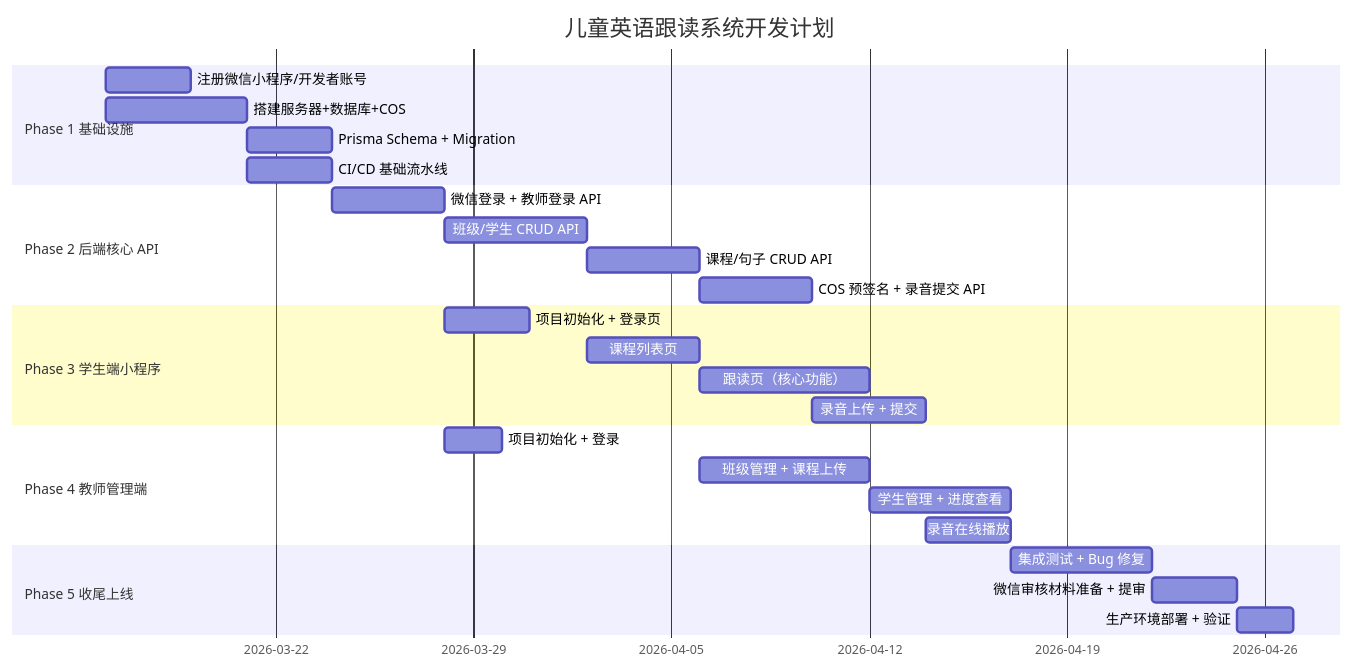
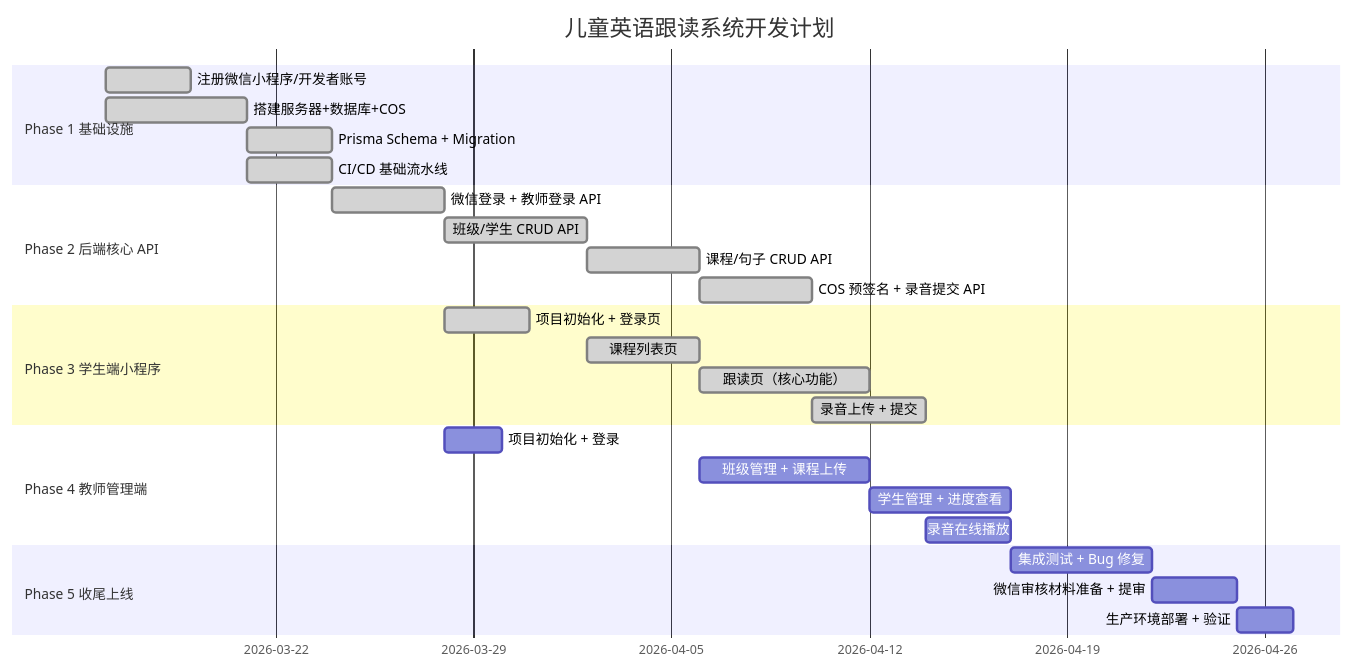
One commit to cibobo/EnglishLearningMiniPrgm changed the diagram in doc/project_roadmap.md. Above: the diagram before and after it, drawn with Mermaid. The commit also changed other lines of this file and 1 other file, not shown here.

Commit message:
Update document

````diff
--- a/doc/project_roadmap.md
+++ b/doc/project_roadmap.md
@@ -19,33 +19,33 @@
 ```mermaid
 gantt
     title 儿童英语跟读系统开发计划
     dateFormat  YYYY-MM-DD
     section Phase 1 基础设施
-    注册微信小程序/开发者账号   :p1a, 2026-03-16, 3d
-    搭建服务器+数据库+COS       :p1b, 2026-03-16, 5d
-    Prisma Schema + Migration   :p1c, after p1b, 3d
-    CI/CD 基础流水线            :p1d, after p1b, 3d
+    注册微信小程序/开发者账号   :done, p1a, 2026-03-16, 3d
+    搭建服务器+数据库+COS       :done, p1b, 2026-03-16, 5d
+    Prisma Schema + Migration   :done, p1c, after p1b, 3d
+    CI/CD 基础流水线            :done, p1d, after p1b, 3d
 
     section Phase 2 后端核心 API
-    微信登录 + 教师登录 API     :p2a, after p1c, 4d
-    班级/学生 CRUD API          :p2b, after p2a, 5d
-    课程/句子 CRUD API          :p2c, after p2b, 4d
-    COS 预签名 + 录音提交 API   :p2d, after p2c, 4d
+    微信登录 + 教师登录 API     :done, p2a, after p1c, 4d
+    班级/学生 CRUD API          :done, p2b, after p2a, 5d
+    课程/句子 CRUD API          :done, p2c, after p2b, 4d
+    COS 预签名 + 录音提交 API   :done, p2d, after p2c, 4d
 
     section Phase 3 学生端小程序
-    项目初始化 + 登录页         :p3a, after p2a, 3d
-    课程列表页                  :p3b, after p2b, 4d
-    跟读页（核心功能）          :p3c, after p2c, 6d
-    录音上传 + 提交             :p3d, after p2d, 4d
+    项目初始化 + 登录页         :done, p3a, after p2a, 3d
+    课程列表页                  :done, p3b, after p2b, 4d
+    跟读页（核心功能）          :done, p3c, after p2c, 6d
+    录音上传 + 提交             :done, p3d, after p2d, 4d
 
     section Phase 4 教师管理端
     项目初始化 + 登录           :p4a, after p2a, 2d
     班级管理 + 课程上传         :p4b, after p3b, 6d
     学生管理 + 进度查看         :p4c, after p4b, 5d
     录音在线播放                :p4d, after p3d, 3d
 
     section Phase 5 收尾上线
     集成测试 + Bug 修复         :p5a, after p4d, 5d
     微信审核材料准备 + 提审     :p5b, after p5a, 3d
     生产环境部署 + 验证         :p5c, after p5b, 2d
 ```
````
